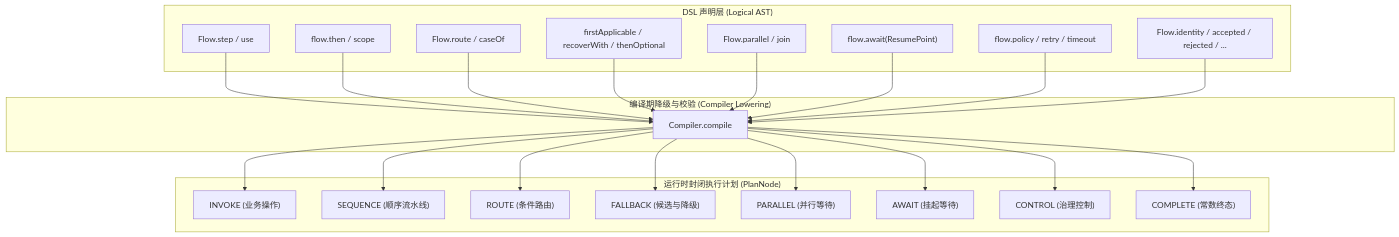
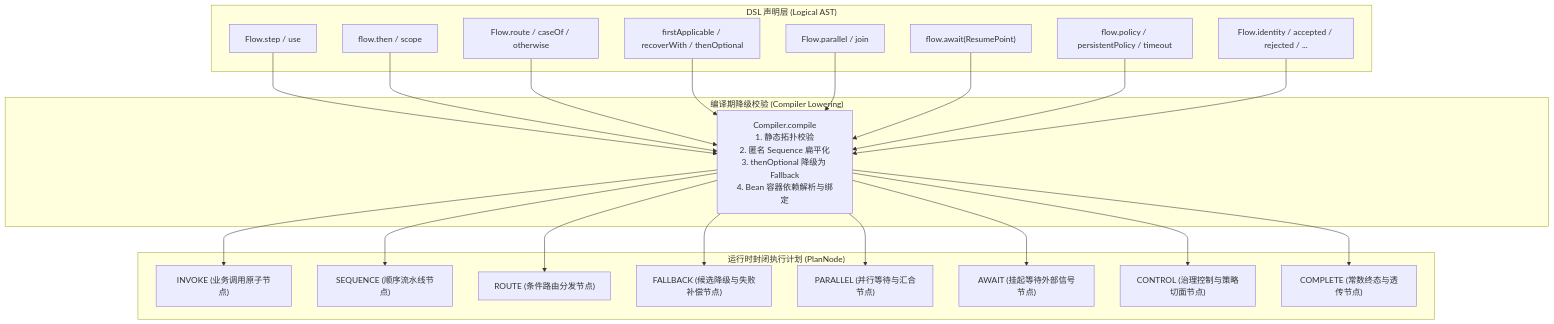
The first of 3 diagrams in docs/flow/flow-nodes.md (team4u/team4u-framework), drawn with Mermaid before and after one commit. The commit also changed other lines of this file and 21 other files, not shown here.

Commit message:
docs(flow): deepen technical documentation across core, governance, durable, and testing

````diff
--- a/docs/flow/flow-nodes.md
+++ b/docs/flow/flow-nodes.md
@@ -11,29 +13,29 @@
 ```mermaid
 graph TD
     subgraph "DSL 声明层 (Logical AST)"
         L1["Flow.step / use"]
         L2["flow.then / scope"]
-        L3["Flow.route / caseOf"]
+        L3["Flow.route / caseOf / otherwise"]
         L4["firstApplicable / recoverWith / thenOptional"]
         L5["Flow.parallel / join"]
         L6["flow.await(ResumePoint)"]
-        L7["flow.policy / retry / timeout"]
+        L7["flow.policy / persistentPolicy / timeout"]
         L8["Flow.identity / accepted / rejected / ..."]
     end
 
-    subgraph "编译期降级与校验 (Compiler Lowering)"
-        COMP["Compiler.compile"]
+    subgraph "编译期降级校验 (Compiler Lowering)"
+        COMP["Compiler.compile<br/>1. 静态拓扑校验<br/>2. 匿名 Sequence 扁平化<br/>3. thenOptional 降级为 Fallback<br/>4. Bean 容器依赖解析与绑定"]
         L1 & L2 & L3 & L4 & L5 & L6 & L7 & L8 --> COMP
     end
 
     subgraph "运行时封闭执行计划 (PlanNode)"
-        COMP --> N1["INVOKE (业务操作)"]
-        COMP --> N2["SEQUENCE (顺序流水线)"]
-        COMP --> N3["ROUTE (条件路由)"]
-        COMP --> N4["FALLBACK (候选与降级)"]
-        COMP --> N5["PARALLEL (并行等待)"]
-        COMP --> N6["AWAIT (挂起等待)"]
-        COMP --> N7["CONTROL (治理控制)"]
-        COMP --> N8["COMPLETE (常数终态)"]
+        COMP --> N1["INVOKE (业务调用原子节点)"]
+        COMP --> N2["SEQUENCE (顺序流水线节点)"]
+        COMP --> N3["ROUTE (条件路由分发节点)"]
+        COMP --> N4["FALLBACK (候选降级与失败补偿节点)"]
+        COMP --> N5["PARALLEL (并行等待与汇合节点)"]
+        COMP --> N6["AWAIT (挂起等待外部信号节点)"]
+        COMP --> N7["CONTROL (治理控制与策略切面节点)"]
+        COMP --> N8["COMPLETE (常数终态与透传节点)"]
     end
 ```
````
